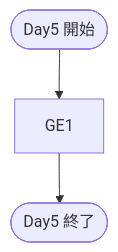
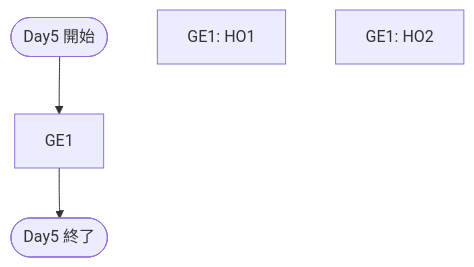
The fifth of 5 diagrams in specs/routing.md (KarasuTatehi/last-resort-disturbance), drawn with Mermaid before and after one commit. The commit also changed other lines of this file, not shown here.

````diff
--- a/specs/routing.md
+++ b/specs/routing.md
@@ -135,10 +135,13 @@
 ```mermaid
 flowchart TD
 D5S([Day5 開始])
 D5-GE1["GE1"]
+D5-GE1-HO1["GE1: HO1"]
+D5-GE1-HO2["GE1: HO2"]
+D5-GE1-HO2["GE1: HO2"]
 D5E([Day5 終了])
 
 D5S -->
 D5-GE1 -->
 D5E
 ```
````
